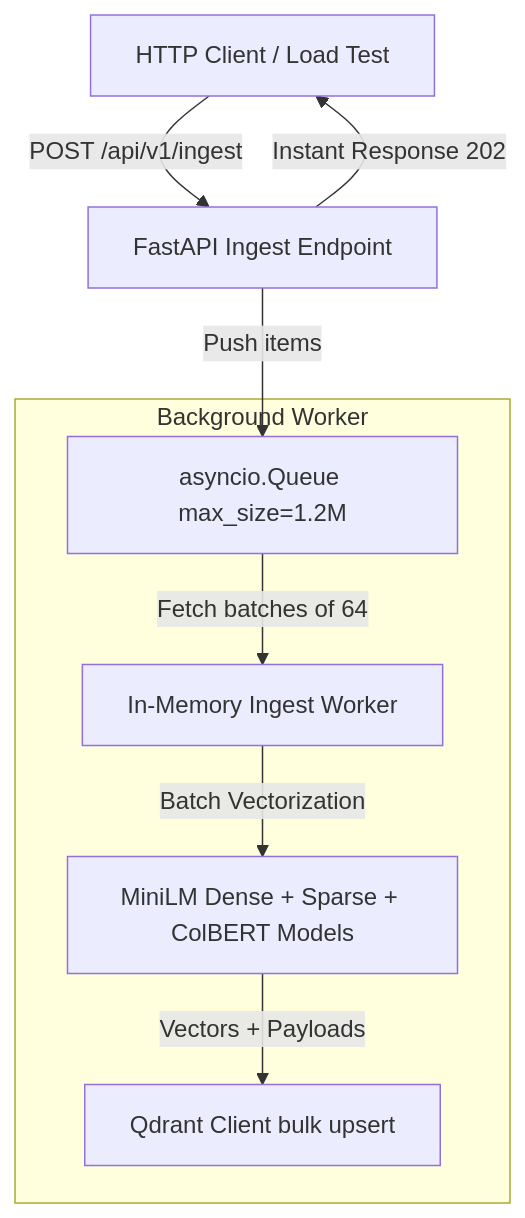
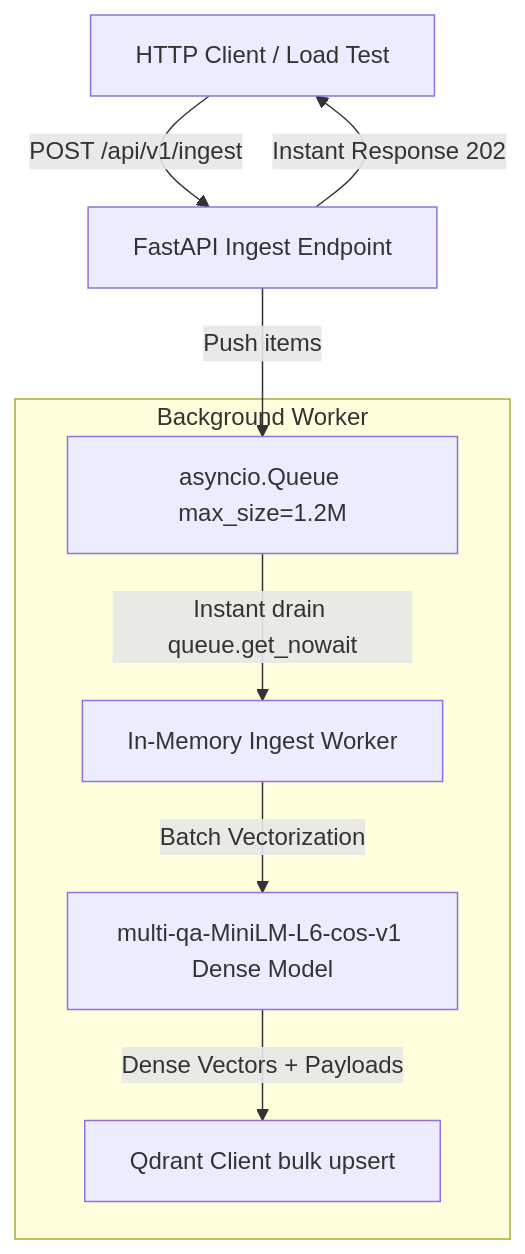
One commit to parthmh/fastapi_doc_rag changed the diagram in docs/concurrent_ingestion.md. Above: the diagram before and after it, drawn with Mermaid. The commit also changed other lines of this file and 3 other files, not shown here.

Commit message:
Optimize concurrent ingestion queue draining and model warmup, achieving 660+ pts/sec indexing throughput

````diff
--- a/docs/concurrent_ingestion.md
+++ b/docs/concurrent_ingestion.md
@@ -22,12 +22,12 @@
 ```mermaid
 graph TD
     Client[HTTP Client / Load Test] -->|POST /api/v1/ingest| API[FastAPI Ingest Endpoint]
     API -->|Push items| Queue[asyncio.Queue max_size=1.2M]
     API -->|Instant Response 202| Client
     
     subgraph Background Worker
-        Queue -->|Fetch batches of 64| Worker[In-Memory Ingest Worker]
-        Worker -->|Batch Vectorization| Embedding[MiniLM Dense + Sparse + ColBERT Models]
-        Embedding -->|Vectors + Payloads| Qdrant[Qdrant Client bulk upsert]
+        Queue -->|Instant drain queue.get_nowait| Worker[In-Memory Ingest Worker]
+        Worker -->|Batch Vectorization| Embedding[multi-qa-MiniLM-L6-cos-v1 Dense Model]
+        Embedding -->|Dense Vectors + Payloads| Qdrant[Qdrant Client bulk upsert]
     end
 ```
````
